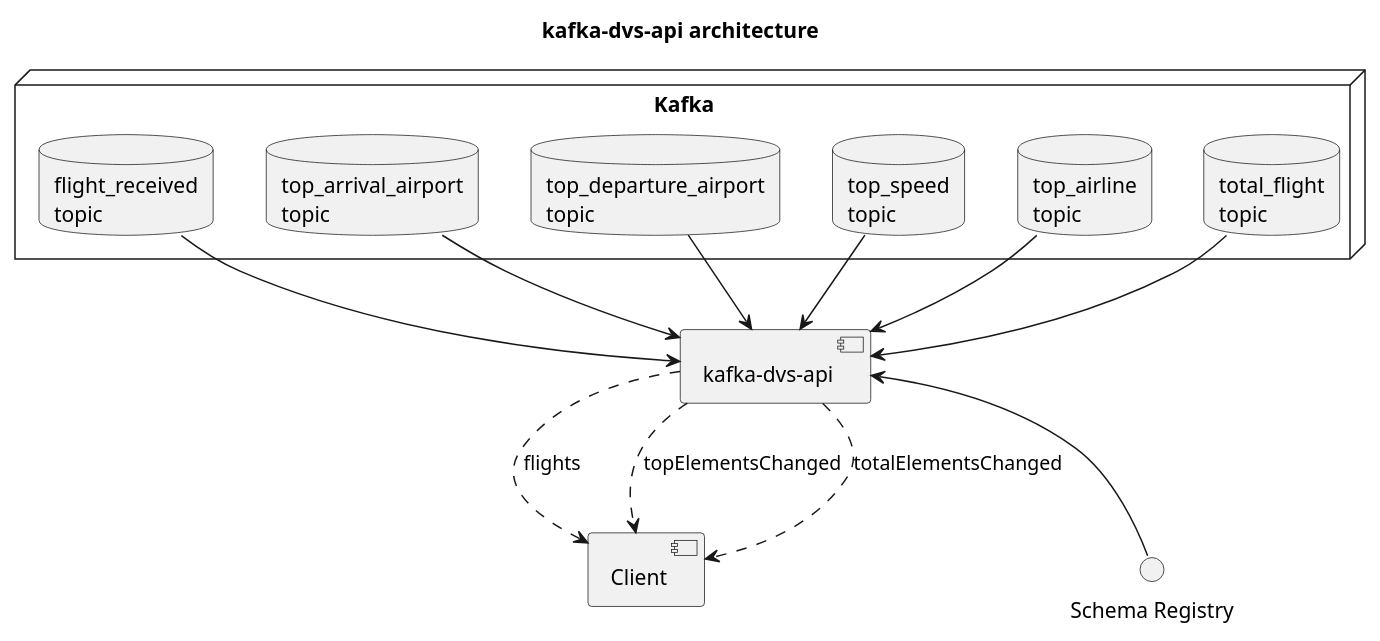
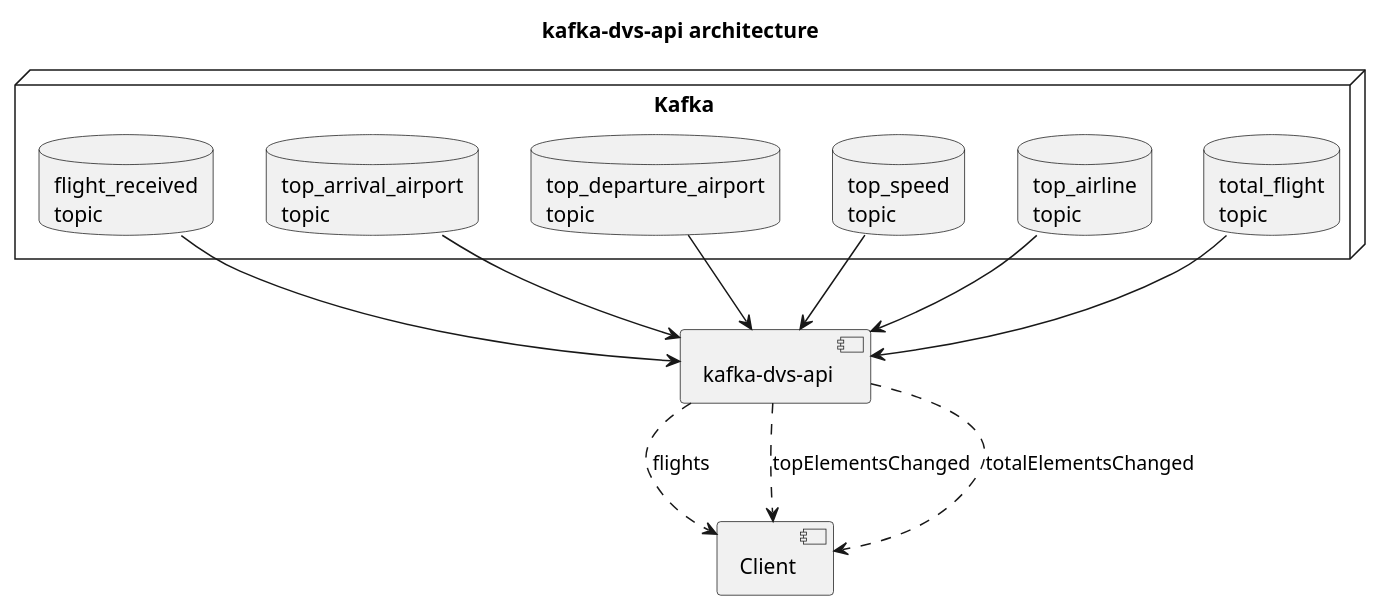
One commit to bitrockteam/kafka-dvs-api changed the diagram in docs/diagram.puml. Above: the diagram before and after it, drawn with PlantUML. The commit also changed 1 other file, not shown here.

```diff
--- a/docs/diagram.puml
+++ b/docs/diagram.puml
@@ -1,28 +1,25 @@
 @startuml
 title kafka-dvs-api architecture
 
 [kafka-dvs-api] as API
 [Client] as client
-
-interface "Schema Registry" as SchemaRegistry
 
 node Kafka {
     database "flight_received\ntopic" as FlightTopic
     database "top_arrival_airport\ntopic" as TopArrivalAirportTopic
     database "top_departure_airport\ntopic" as TopDepartureAirportTopic
     database "top_speed\ntopic" as TopSpeedTopic
     database "top_airline\ntopic" as TopAirlineTopic
     database "total_flight\ntopic" as TotalFlightTopic
 }
 
 FlightTopic --> API
 TopArrivalAirportTopic --> API
 TopDepartureAirportTopic --> API
 TopSpeedTopic --> API
 TopAirlineTopic --> API
 TotalFlightTopic --> API
-API <-- SchemaRegistry
 API ..> client : flights
 API ..> client : topElementsChanged
 API ..> client : totalElementsChanged
 @enduml
```
